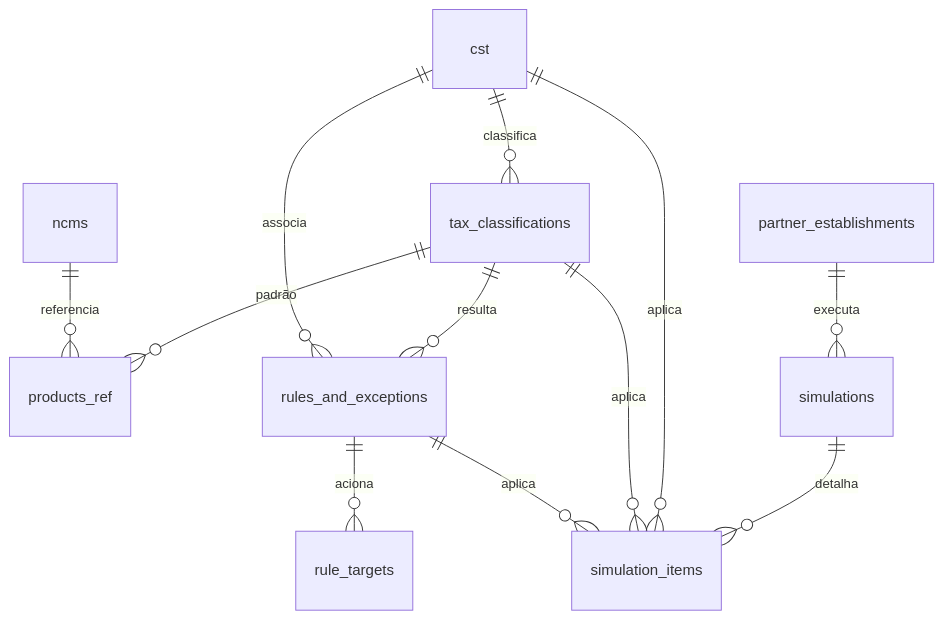
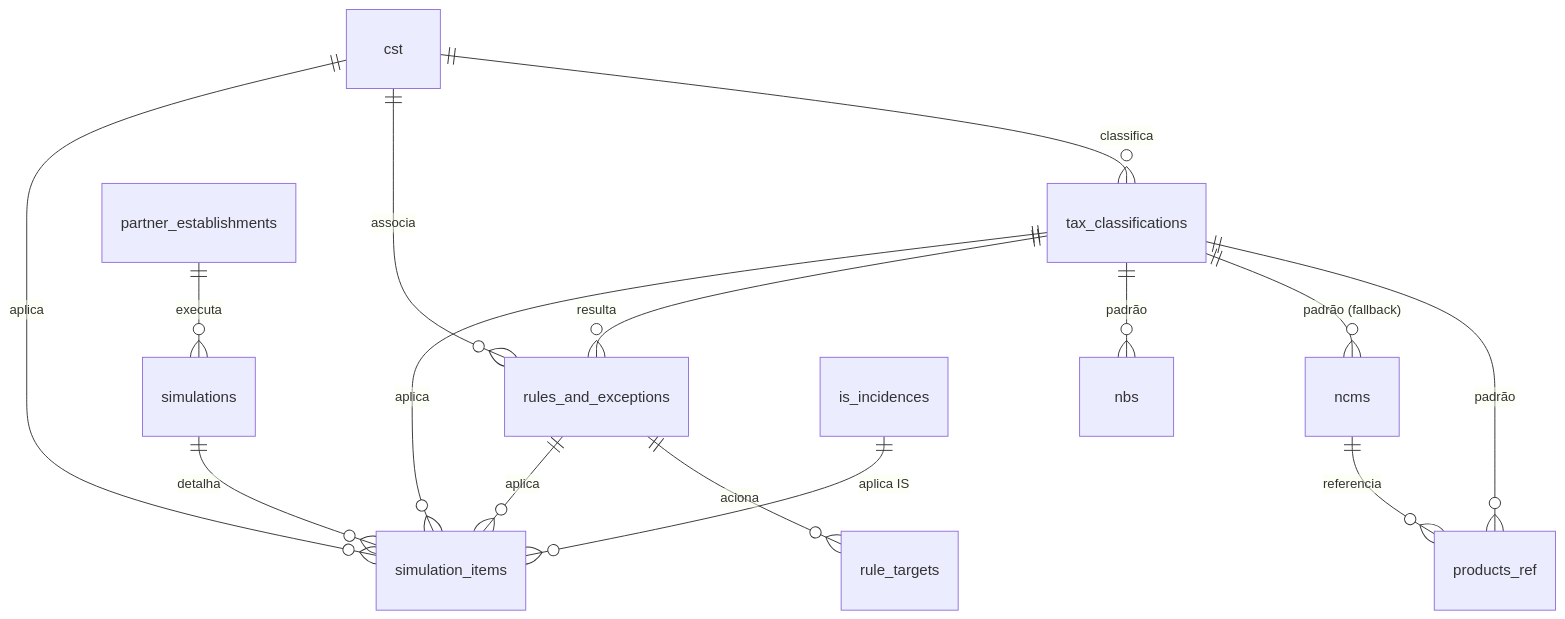
One commit to planosassessoria/fiscal-facil-postgresql changed the first of 2 diagrams in schema_tax_reform.md. Above: the diagram before and after it, drawn with Mermaid. The commit also changed other lines of this file and 9 other files, not shown here.

````diff
--- a/schema_tax_reform.md
+++ b/schema_tax_reform.md
@@ -27,14 +28,17 @@
 ```mermaid
 erDiagram
     cst ||--o{ tax_classifications : classifica
     tax_classifications ||--o{ products_ref : "padrão"
+    tax_classifications ||--o{ ncms : "padrão (fallback)"
+    tax_classifications ||--o{ nbs : "padrão"
     ncms ||--o{ products_ref : referencia
     tax_classifications ||--o{ rules_and_exceptions : resulta
     cst ||--o{ rules_and_exceptions : associa
     rules_and_exceptions ||--o{ rule_targets : aciona
     partner_establishments ||--o{ simulations : executa
     simulations ||--o{ simulation_items : detalha
     cst ||--o{ simulation_items : aplica
     tax_classifications ||--o{ simulation_items : aplica
     rules_and_exceptions ||--o{ simulation_items : aplica
+    is_incidences ||--o{ simulation_items : "aplica IS"
 ```
````
